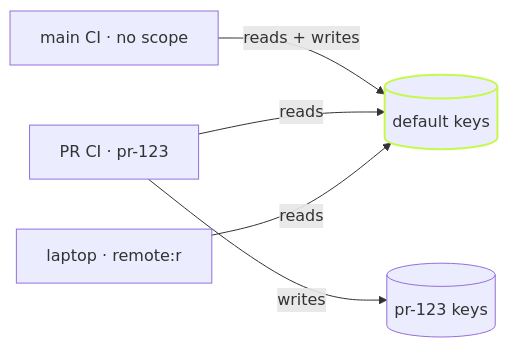
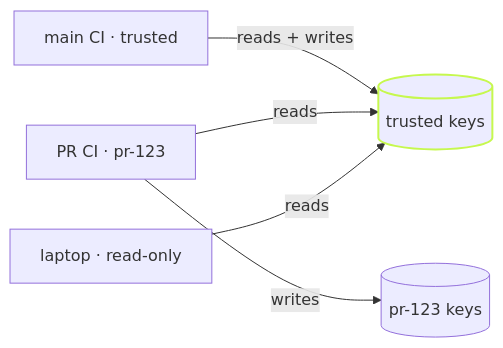
One commit to vznjs/vx changed the diagram in packages/vx-docs/src/content/docs/blog/the-cache-on-your-terms.md. Above: the diagram before and after it, drawn with Mermaid. The commit also changed other lines of this file and 36 other files, not shown here.

````diff
--- a/packages/vx-docs/src/content/docs/blog/the-cache-on-your-terms.md
+++ b/packages/vx-docs/src/content/docs/blog/the-cache-on-your-terms.md
@@ -85,8 +85,8 @@
 ```mermaid
 flowchart LR
-  M[main CI · no scope] -->|reads + writes| T[(default keys)]
+  M[main CI · trusted] -->|reads + writes| T[(trusted keys)]
   P[PR CI · pr-123] -->|reads| T
   P -->|writes| S[(pr-123 keys)]
-  L[laptop · remote:r] -->|reads| T
+  L[laptop · read-only] -->|reads| T
   style T stroke:#c6f84e,stroke-width:2px
 ```
````
